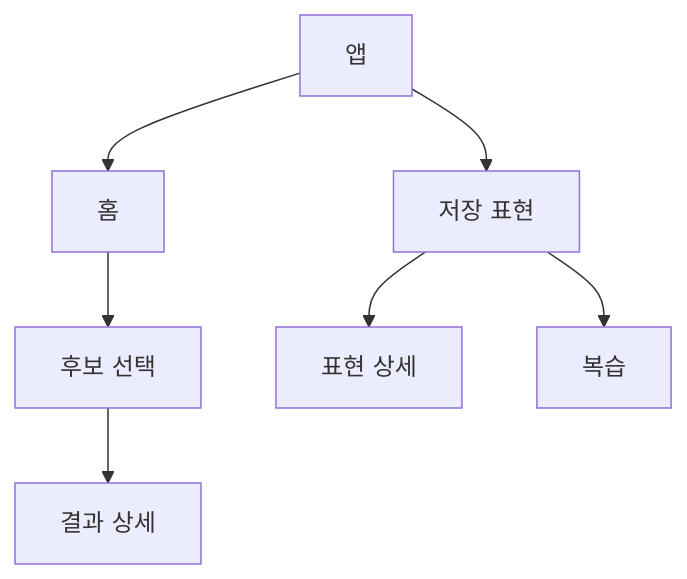
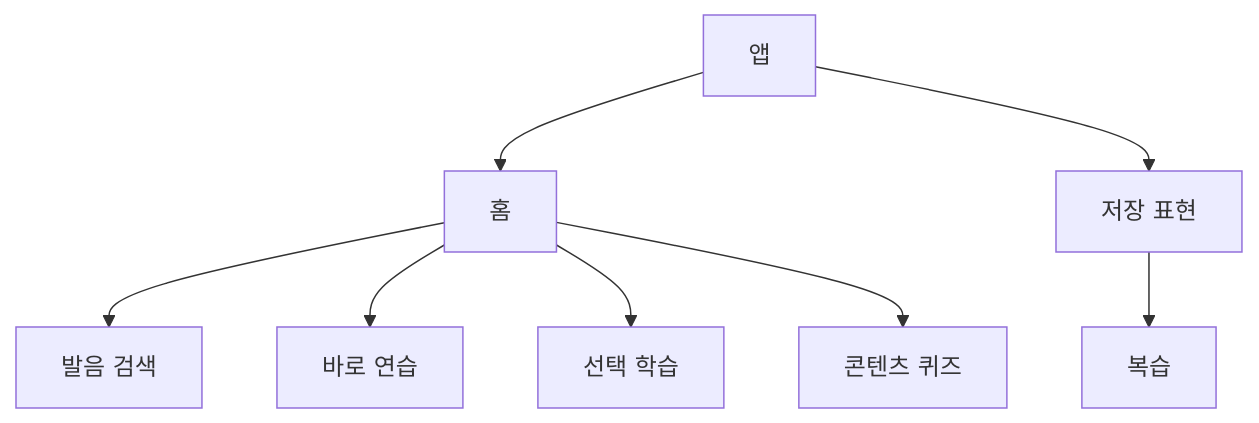
The first of 6 diagrams in docs/IA-USER-FLOW.md (bini-s2/japanese-sound-to-script), drawn with Mermaid before and after one commit. The commit also changed other lines of this file, not shown here.

````diff
--- a/docs/IA-USER-FLOW.md
+++ b/docs/IA-USER-FLOW.md
@@ -35,10 +38,11 @@
 ```mermaid
 flowchart TD
     A["앱"]
     A --> B["홈"]
     A --> C["저장 표현"]
-    B --> D["후보 선택"]
-    D --> E["결과 상세"]
-    C --> F["표현 상세"]
-    C --> G["복습"]
+    B --> D["발음 검색"]
+    B --> E["바로 연습"]
+    B --> F["선택 학습"]
+    B --> G["콘텐츠 퀴즈"]
+    C --> H["복습"]
 ```
````
